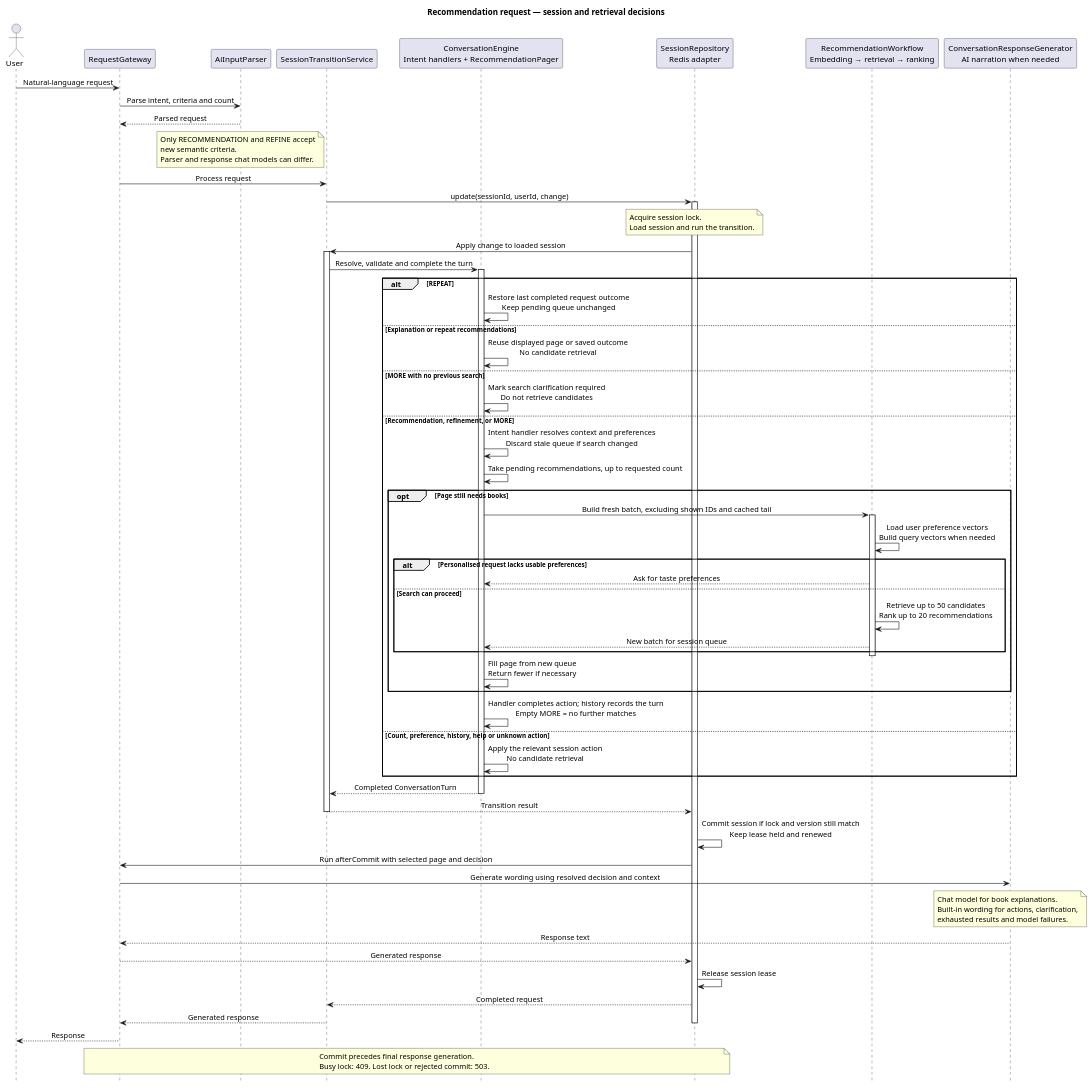
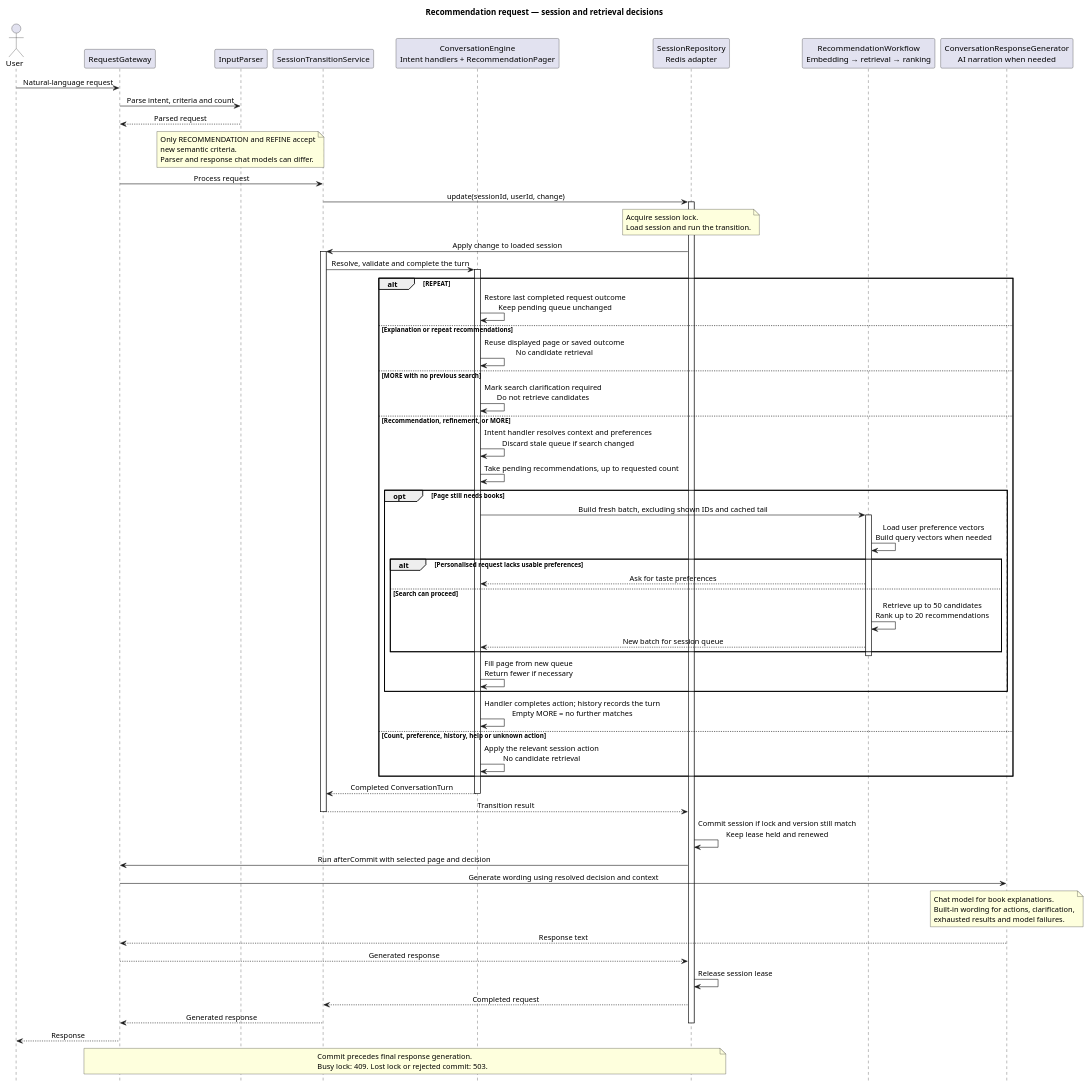
One commit to Juliu9/IT-Project changed the diagram in docs/diagrams/recommendation-flow.puml. Above: the diagram before and after it, drawn with PlantUML. The commit also changed 16 other files, not shown here.

```diff
--- a/docs/diagrams/recommendation-flow.puml
+++ b/docs/diagrams/recommendation-flow.puml
@@ -1,88 +1,88 @@
 @startuml
 title Recommendation request — session and retrieval decisions
 skinparam backgroundColor #FFFFFF
 skinparam shadowing false
 skinparam defaultFontName SansSerif
 skinparam sequenceMessageAlign center
 hide footbox
 
 actor User
 participant RequestGateway as Gateway
-participant AiInputParser as Parser
+participant InputParser as Parser
 participant SessionTransitionService as Transition
 participant "ConversationEngine\nIntent handlers + RecommendationPager" as Engine
 participant "SessionRepository\nRedis adapter" as Sessions
 participant "RecommendationWorkflow\nEmbedding → retrieval → ranking" as Workflow
 participant "ConversationResponseGenerator\nAI narration when needed" as Response
 
 User -> Gateway : Natural-language request
 Gateway -> Parser : Parse intent, criteria and count
 Parser --> Gateway : Parsed request
 note over Parser
   Only RECOMMENDATION and REFINE accept
   new semantic criteria.
   Parser and response chat models can differ.
 end note
 Gateway -> Transition : Process request
 Transition -> Sessions : update(sessionId, userId, change)
 activate Sessions
 note over Sessions
   Acquire session lock.
   Load session and run the transition.
 end note
 Sessions -> Transition : Apply change to loaded session
 activate Transition
 Transition -> Engine : Resolve, validate and complete the turn
 activate Engine
 
 alt REPEAT
   Engine -> Engine : Restore last completed request outcome\nKeep pending queue unchanged
 else Explanation or repeat recommendations
   Engine -> Engine : Reuse displayed page or saved outcome\nNo candidate retrieval
 else MORE with no previous search
   Engine -> Engine : Mark search clarification required\nDo not retrieve candidates
 else Recommendation, refinement, or MORE
   Engine -> Engine : Intent handler resolves context and preferences\nDiscard stale queue if search changed
   Engine -> Engine : Take pending recommendations, up to requested count
   opt Page still needs books
     Engine -> Workflow : Build fresh batch, excluding shown IDs and cached tail
     activate Workflow
     Workflow -> Workflow : Load user preference vectors\nBuild query vectors when needed
     alt Personalised request lacks usable preferences
       Workflow --> Engine : Ask for taste preferences
     else Search can proceed
       Workflow -> Workflow : Retrieve up to 50 candidates\nRank up to 20 recommendations
       Workflow --> Engine : New batch for session queue
     end
     deactivate Workflow
     Engine -> Engine : Fill page from new queue\nReturn fewer if necessary
   end
   Engine -> Engine : Handler completes action; history records the turn\nEmpty MORE = no further matches
 else Count, preference, history, help or unknown action
   Engine -> Engine : Apply the relevant session action\nNo candidate retrieval
 end
 
 Engine --> Transition : Completed ConversationTurn
 deactivate Engine
 Transition --> Sessions : Transition result
 deactivate Transition
 Sessions -> Sessions : Commit session if lock and version still match\nKeep lease held and renewed
 Sessions -> Gateway : Run afterCommit with selected page and decision
 Gateway -> Response : Generate wording using resolved decision and context
 note over Response
   Chat model for book explanations.
   Built-in wording for actions, clarification,
   exhausted results and model failures.
 end note
 Response --> Gateway : Response text
 Gateway --> Sessions : Generated response
 Sessions -> Sessions : Release session lease
 Sessions --> Transition : Completed request
 Transition --> Gateway : Generated response
 deactivate Sessions
 Gateway --> User : Response
 note over Gateway, Sessions
   Commit precedes final response generation.
   Busy lock: 409. Lost lock or rejected commit: 503.
 end note
 @enduml
```
